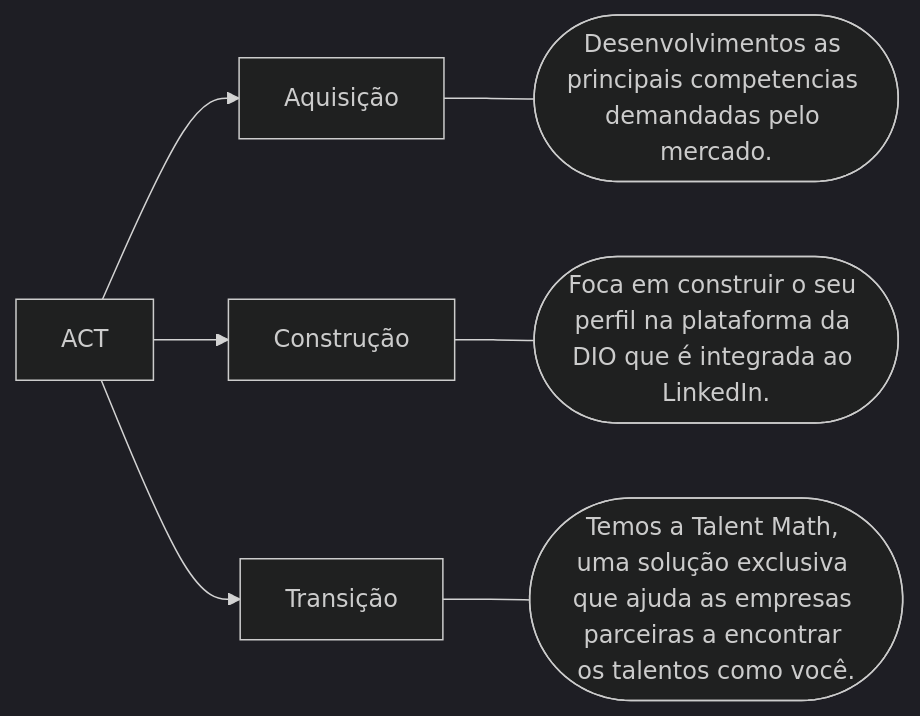
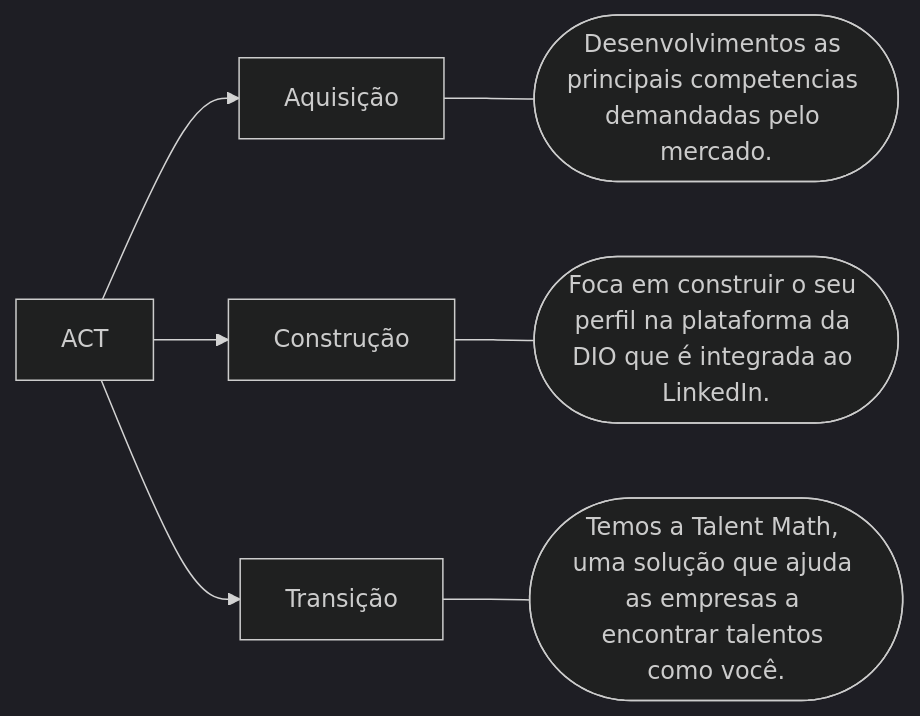
The third of 3 diagrams in Módulo 1/01. Educação Gratuita e Empregabilidade Juntas.md (joeywheelersam/Java-AI-Powered), drawn with Mermaid (dark theme) before and after one commit. The commit also changed other lines of this file, not shown here.

Commit message:
Arrumei o texto.

````diff
--- a/Módulo 1/01. Educação Gratuita e Empregabilidade Juntas.md
+++ b/Módulo 1/01. Educação Gratuita e Empregabilidade Juntas.md
@@ -40,9 +40,9 @@
 ```mermaid
 flowchart LR;
     ACT --> Aquisição;
     Aquisição --- A([Desenvolvimentos as principais competencias demandadas pelo mercado.]);
     ACT --> Construção;
     Construção --- C([Foca em construir o seu perfil na plataforma da DIO que é integrada ao LinkedIn.]);
     ACT --> Transição;
-    Transição --- T([Temos a Talent Math, uma solução exclusiva que ajuda as empresas parceiras a encontrar os talentos como você.]);
+    Transição --- T([Temos a Talent Math, uma solução que ajuda as empresas a encontrar talentos como você.]);
 ```
````
